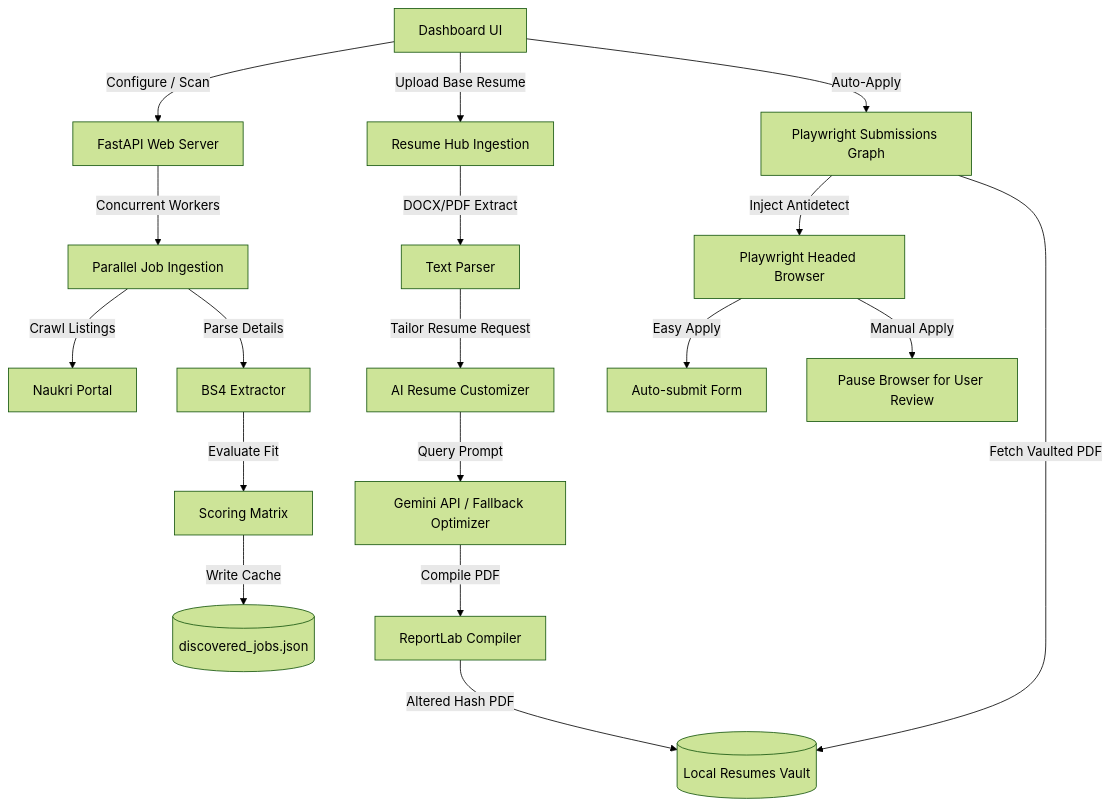
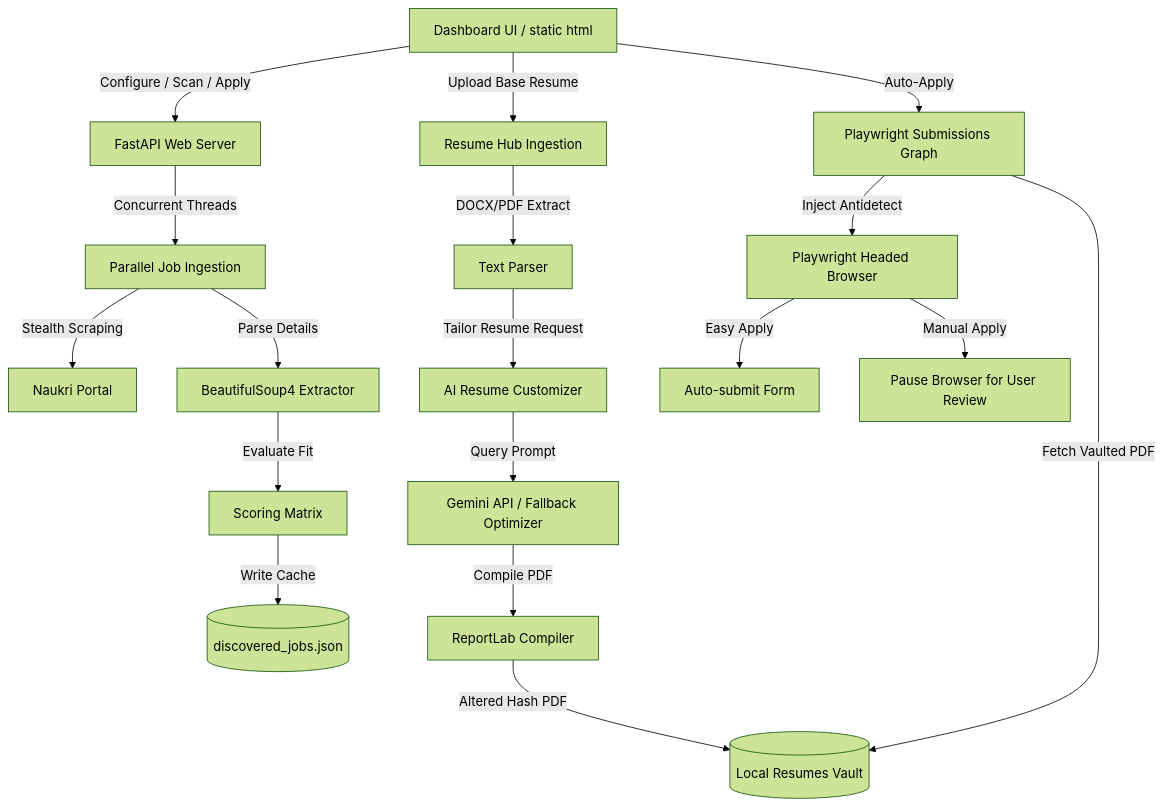
The diagram in README.md (nitin048/job_application_system), drawn with Mermaid (forest theme) before and after one commit. The commit also changed other lines of this file, not shown here.

Commit message:
docs: add detailed subsystem architecture and api reference in README

````diff
--- a/README.md
+++ b/README.md
@@ -50,22 +52,22 @@
 ```mermaid
 graph TD
-    A[Dashboard UI] -->|Configure / Scan| B[FastAPI Web Server]
-    B -->|Concurrent Workers| C[Parallel Job Ingestion]
-    C -->|Crawl Listings| D[Naukri Portal]
-    C -->|Parse Details| E[BS4 Extractor]
+    A[Dashboard UI / static html] -->|Configure / Scan / Apply| B[FastAPI Web Server]
+    B -->|Concurrent Threads| C[Parallel Job Ingestion]
+    C -->|Stealth Scraping| D[Naukri Portal]
+    C -->|Parse Details| E[BeautifulSoup4 Extractor]
     E -->|Evaluate Fit| F[Scoring Matrix]
     F -->|Write Cache| G[(discovered_jobs.json)]
     
     A -->|Upload Base Resume| H[Resume Hub Ingestion]
     H -->|DOCX/PDF Extract| I[Text Parser]
     I -->|Tailor Resume Request| J[AI Resume Customizer]
     J -->|Query Prompt| K[Gemini API / Fallback Optimizer]
     K -->|Compile PDF| L[ReportLab Compiler]
     L -->|Altered Hash PDF| M[(Local Resumes Vault)]
     
     A -->|Auto-Apply| N[Playwright Submissions Graph]
     N -->|Fetch Vaulted PDF| M
     N -->|Inject Antidetect| O[Playwright Headed Browser]
     O -->|Easy Apply| P[Auto-submit Form]
     O -->|Manual Apply| Q[Pause Browser for User Review]
 ```
````
